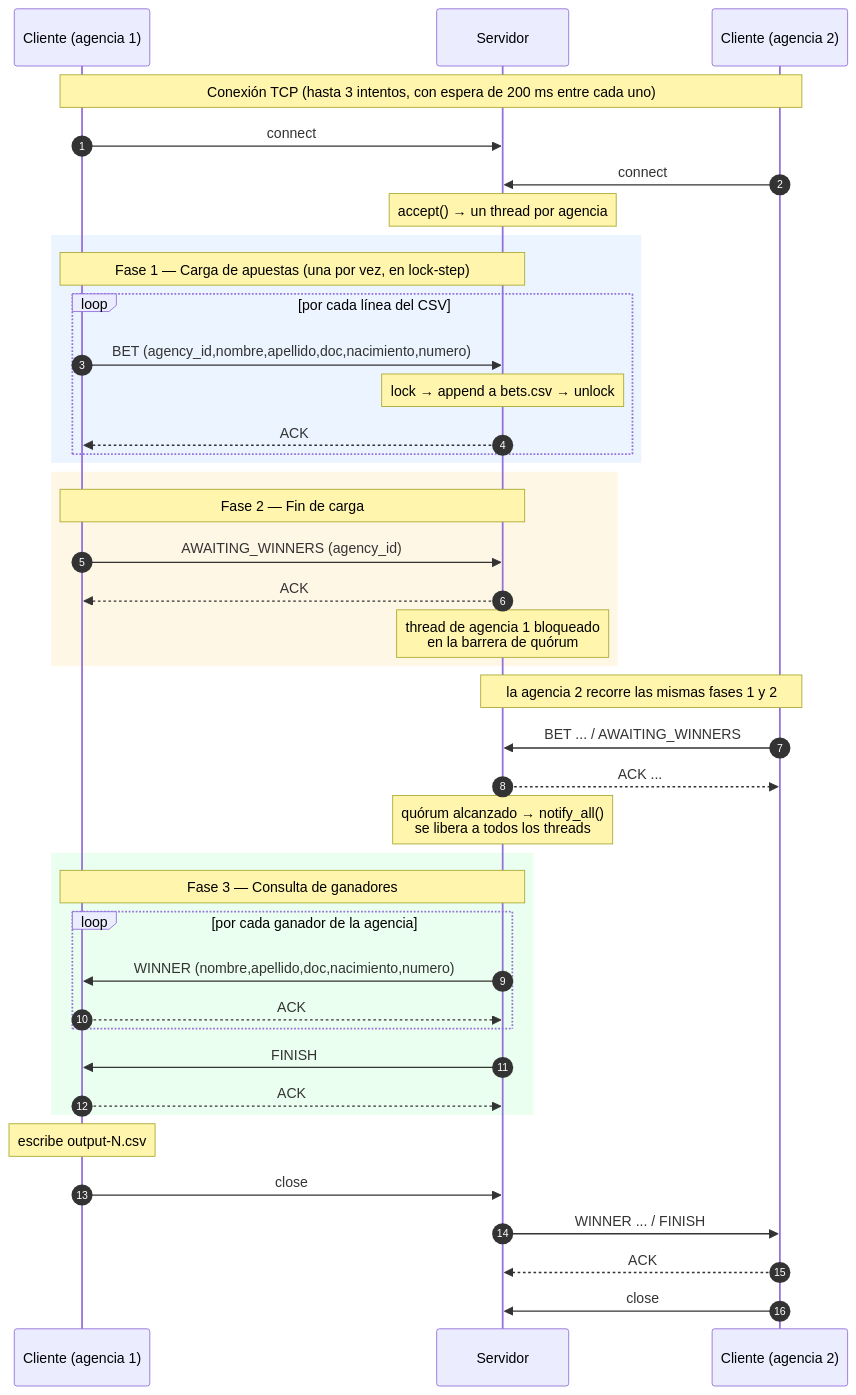
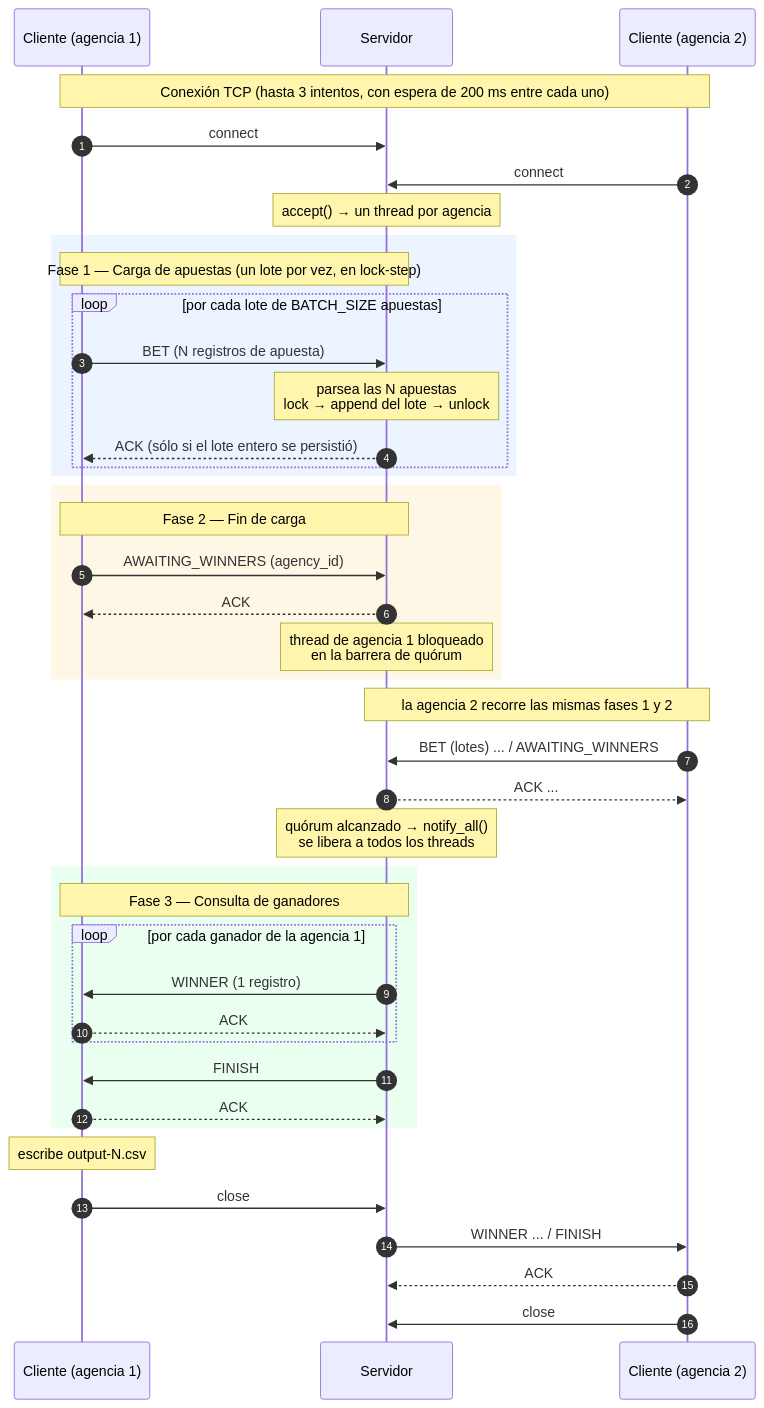
The diagram in INFORME.md (iloyarte/distribuidos-2c-2026-tp0), drawn with Mermaid before and after one commit. The commit also changed other lines of this file and 14 other files, not shown here.

````diff
--- a/INFORME.md
+++ b/INFORME.md
@@ -73,48 +126,48 @@
 ```mermaid
 sequenceDiagram
     autonumber
     participant C1 as Cliente (agencia 1)
     participant S as Servidor
     participant C2 as Cliente (agencia 2)
     Note over C1, C2: Conexión TCP (hasta 3 intentos, con espera de 200 ms entre cada uno)
     C1 ->> S: connect
     C2 ->> S: connect
     Note over S: accept() → un thread por agencia
 
     rect rgb(235, 244, 255)
-        Note over C1, S: Fase 1 — Carga de apuestas (una por vez, en lock-step)
-        loop por cada línea del CSV
-            C1 ->> S: BET (agency_id,nombre,apellido,doc,nacimiento,numero)
-            Note over S: lock → append a bets.csv → unlock
-            S -->> C1: ACK
+        Note over C1, S: Fase 1 — Carga de apuestas (un lote por vez, en lock-step)
+        loop por cada lote de BATCH_SIZE apuestas
+            C1 ->> S: BET (N registros de apuesta)
+            Note over S: parsea las N apuestas<br/>lock → append del lote → unlock
+            S -->> C1: ACK (sólo si el lote entero se persistió)
         end
     end
 
     rect rgb(255, 247, 230)
         Note over C1, S: Fase 2 — Fin de carga
         C1 ->> S: AWAITING_WINNERS (agency_id)
         S -->> C1: ACK
         Note over S: thread de agencia 1 bloqueado<br/>en la barrera de quórum
     end
 
     Note over C2, S: la agencia 2 recorre las mismas fases 1 y 2
-    C2 ->> S: BET ... / AWAITING_WINNERS
+    C2 ->> S: BET (lotes) ... / AWAITING_WINNERS
     S -->> C2: ACK ...
     Note over S: quórum alcanzado → notify_all()<br/>se libera a todos los threads
 
     rect rgb(235, 255, 240)
         Note over C1, S: Fase 3 — Consulta de ganadores
-        loop por cada ganador de la agencia
-            S ->> C1: WINNER (nombre,apellido,doc,nacimiento,numero)
+        loop por cada ganador de la agencia 1
+            S ->> C1: WINNER (1 registro)
             C1 -->> S: ACK
         end
         S ->> C1: FINISH
         C1 -->> S: ACK
     end
 
     Note over C1: escribe output-N.csv
     C1 ->> S: close
     S ->> C2: WINNER ... / FINISH
     C2 -->> S: ACK
     C2 ->> S: close
 ```
````
